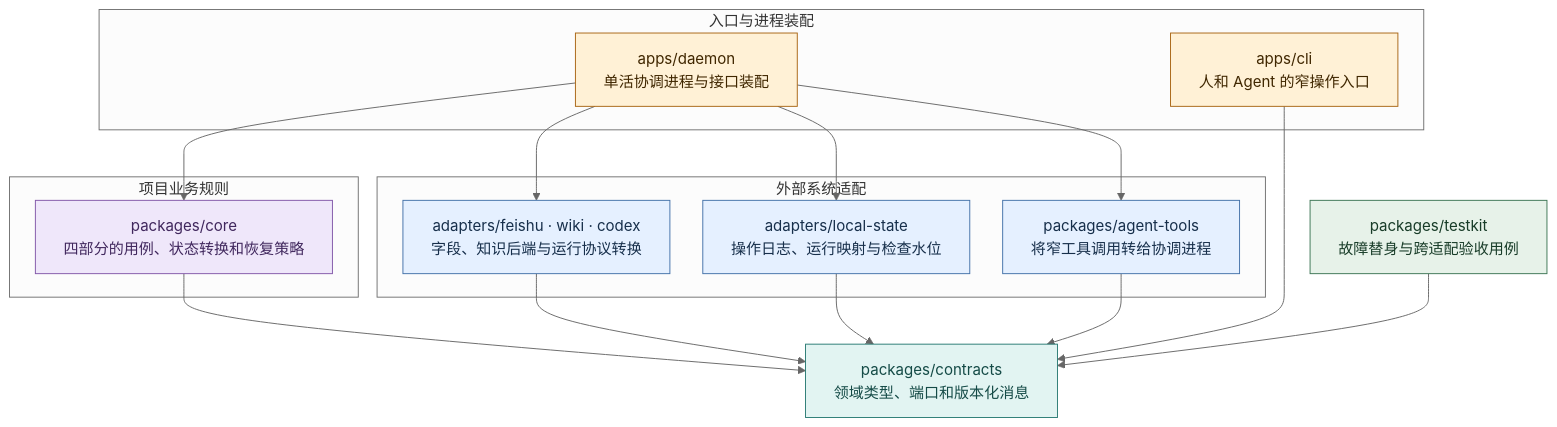
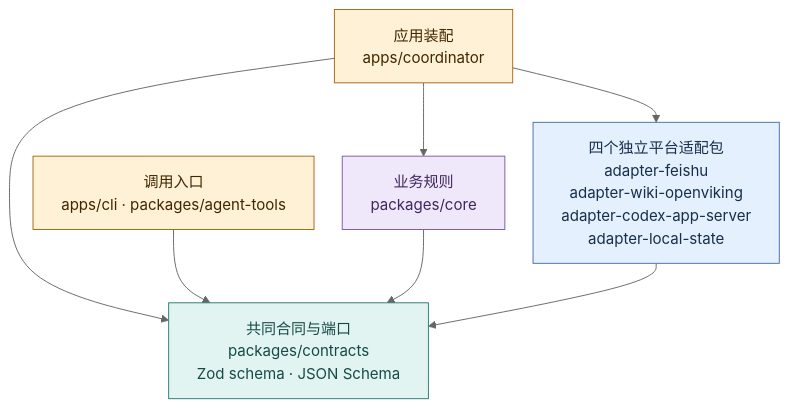
Before and after one commit to cyl19970726/evoLoop: the first of 2 diagrams in docs/architecture/packages.md, drawn with Mermaid (neutral theme). The commit also changed other lines of this file and 10 other files, not shown here.

````diff
--- a/docs/architecture/packages.md
+++ b/docs/architecture/packages.md
@@ -20,33 +11,19 @@
 ```mermaid
-%%{init: {"flowchart":{"wrappingWidth":260,"nodeSpacing":35,"rankSpacing":50}}}%%
+%%{init: {"flowchart":{"wrappingWidth":320,"nodeSpacing":30,"rankSpacing":42}}}%%
 flowchart TB
-  subgraph entry["入口与进程装配"]
-    CLI["apps/cli<br/>人和 Agent 的窄操作入口"]:::entry
-    HOST["apps/daemon<br/>单活协调进程与接口装配"]:::entry
-  end
-  subgraph logic["项目业务规则"]
-    CORE["packages/core<br/>四部分的用例、状态转换和恢复策略"]:::core
-  end
-  subgraph outside["外部系统适配"]
-    EXT["adapters/feishu · wiki · codex<br/>字段、知识后端与运行协议转换"]:::adapter
-    LOCAL["adapters/local-state<br/>操作日志、运行映射与检查水位"]:::adapter
-    TOOLS["packages/agent-tools<br/>将窄工具调用转给协调进程"]:::adapter
-  end
-  CONTRACT["packages/contracts<br/>领域类型、端口和版本化消息"]:::contract
-  TEST["packages/testkit<br/>故障替身与跨适配验收用例"]:::test
-  HOST --> CORE
-  HOST --> EXT
-  HOST --> LOCAL
-  HOST --> TOOLS
-  CORE --> CONTRACT
-  EXT --> CONTRACT
-  LOCAL --> CONTRACT
-  TOOLS --> CONTRACT
-  CLI --> CONTRACT
-  TEST --> CONTRACT
-  classDef entry fill:#FFF1D6,stroke:#A86412,color:#402700
+  D["应用装配<br/>apps/coordinator"]:::app
+  C["调用入口<br/>apps/cli · packages/agent-tools"]:::app
+  K["业务规则<br/>packages/core"]:::core
+  A["四个独立平台适配包<br/>adapter-feishu<br/>adapter-wiki-openviking<br/>adapter-codex-app-server<br/>adapter-local-state"]:::adapter
+  P["共同合同与端口<br/>packages/contracts<br/>Zod schema · JSON Schema"]:::port
+  D --> K
+  D --> A
+  D --> P
+  C --> P
+  K --> P
+  A --> P
+  classDef app fill:#FFF1D6,stroke:#A86412,color:#402700
   classDef core fill:#EFE7FA,stroke:#8056A8,color:#40275D
+  classDef port fill:#E2F4F2,stroke:#297A73,color:#154B47
   classDef adapter fill:#E5F0FF,stroke:#4270A8,color:#172F4B
-  classDef contract fill:#E2F4F2,stroke:#297A73,color:#154B47
-  classDef test fill:#E7F2E9,stroke:#3C7654,color:#183C28
 ```
````
